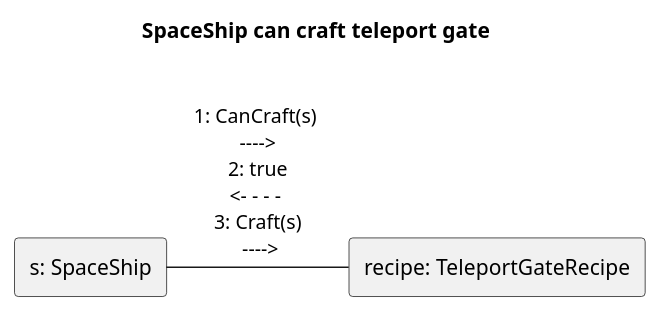
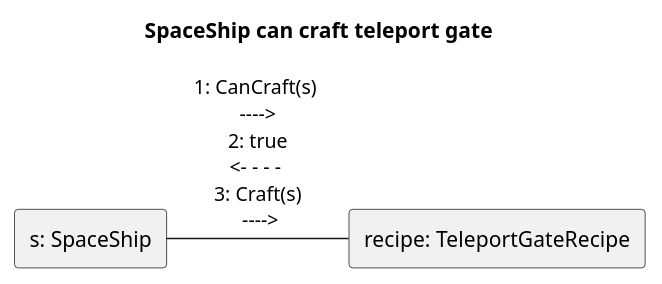
The diagram in docs/Skeleton/diagrams/Craft_teleport_gate/comm/1.CanCraft_gate.puml (viseguard-studios/Documentation), drawn with PlantUML before and after one commit. The commit also changed 16 other files, not shown here.

```diff
--- a/docs/Skeleton/diagrams/Craft_teleport_gate/comm/1.CanCraft_gate.puml
+++ b/docs/Skeleton/diagrams/Craft_teleport_gate/comm/1.CanCraft_gate.puml
@@ -1,10 +1,10 @@
 @startuml
-rectangle “s: SpaceShip” as s
+rectangle "s: SpaceShip" as s
 rectangle "recipe: TeleportGateRecipe" as recipe
 
-title SpaceShip can craft teleport gate \n 
+title SpaceShip can craft teleport gate 
 
 s -right- recipe: 1: CanCraft(s) \n ----> \n 2: true \n <- - - -  \n 3: Craft(s) \n ---->
 
 
 @enduml
```
